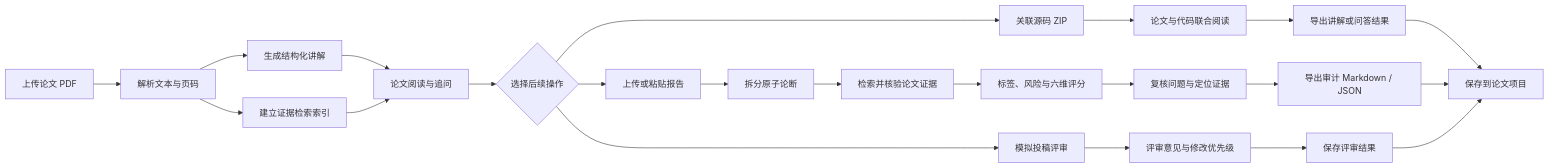
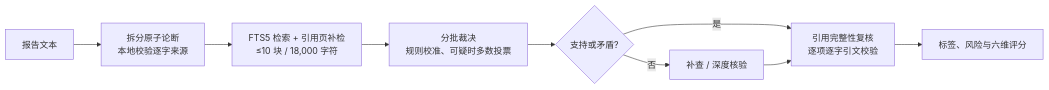
The diagram in README.md (Nei-Xin/PaperAudit), drawn with Mermaid before and after one commit. The commit also changed other lines of this file and 23 other files, not shown here.

````diff
--- a/README.md
+++ b/README.md
@@ -34,24 +27,11 @@
 ```mermaid
 flowchart LR
-    A[上传论文 PDF] --> B[解析文本与页码]
-    B --> C[生成结构化讲解]
-    B --> D[建立证据检索索引]
-    C --> E[论文阅读与追问]
-    D --> E
-    E --> F{选择后续操作}
-    F --> G[关联源码 ZIP]
-    G --> H[论文与代码联合阅读]
-    F --> I[模拟投稿评审]
-    F --> J[上传或粘贴报告]
-    J --> K[拆分原子论断]
-    K --> L[检索并核验论文证据]
-    L --> M[标签、风险与六维评分]
-    M --> N[复核问题与定位证据]
-    I --> O[评审意见与修改优先级]
-    H --> P[导出讲解或问答结果]
-    N --> Q[导出审计 Markdown / JSON]
-    O --> R[保存评审结果]
-    P --> S[保存到论文项目]
-    Q --> S
-    R --> S
+    A[报告文本] --> B[拆分原子论断<br/>本地校验逐字来源]
+    B --> C[FTS5 检索 + 引用页补检<br/>≤10 块 / 18,000 字符]
+    C --> D[分批裁决<br/>规则校准、可疑时多数投票]
+    D --> E{支持或矛盾?}
+    E -- 是 --> F[引用完整性复核<br/>逐项逐字引文校验]
+    E -- 否 --> G[补查 / 深度核验]
+    G --> F
+    F --> H[标签、风险与六维评分]
 ```
````
